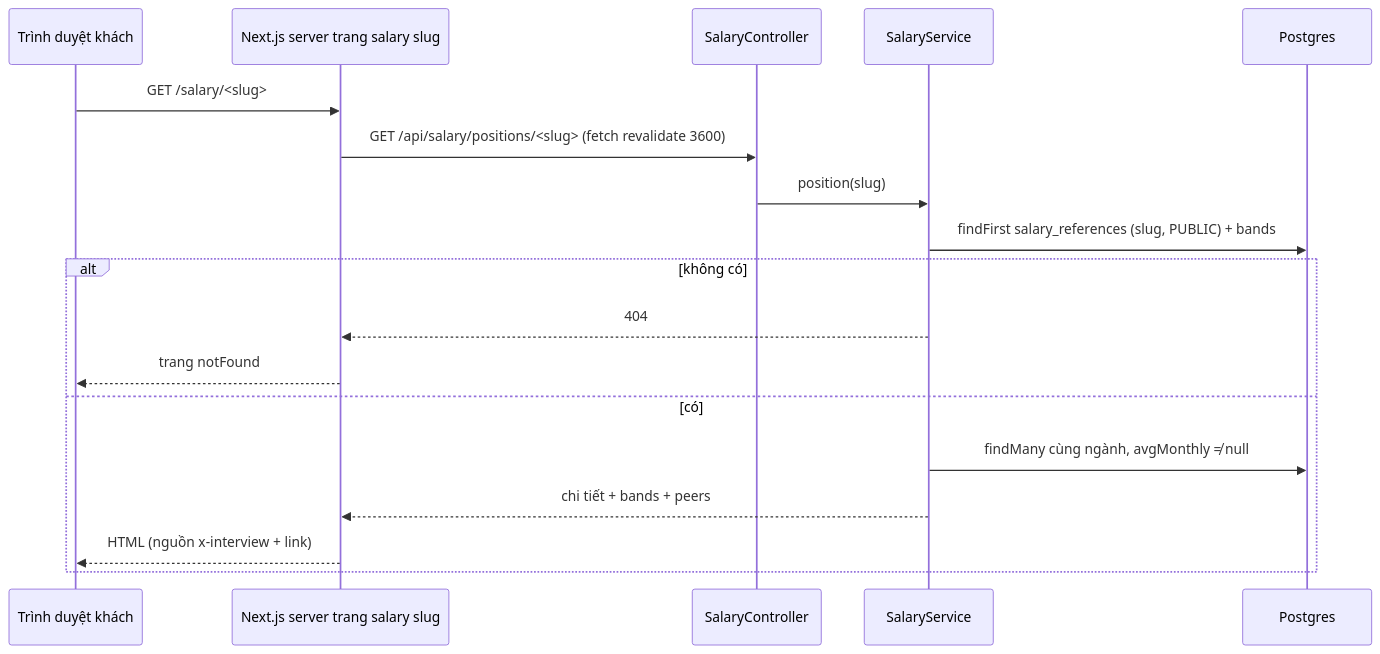
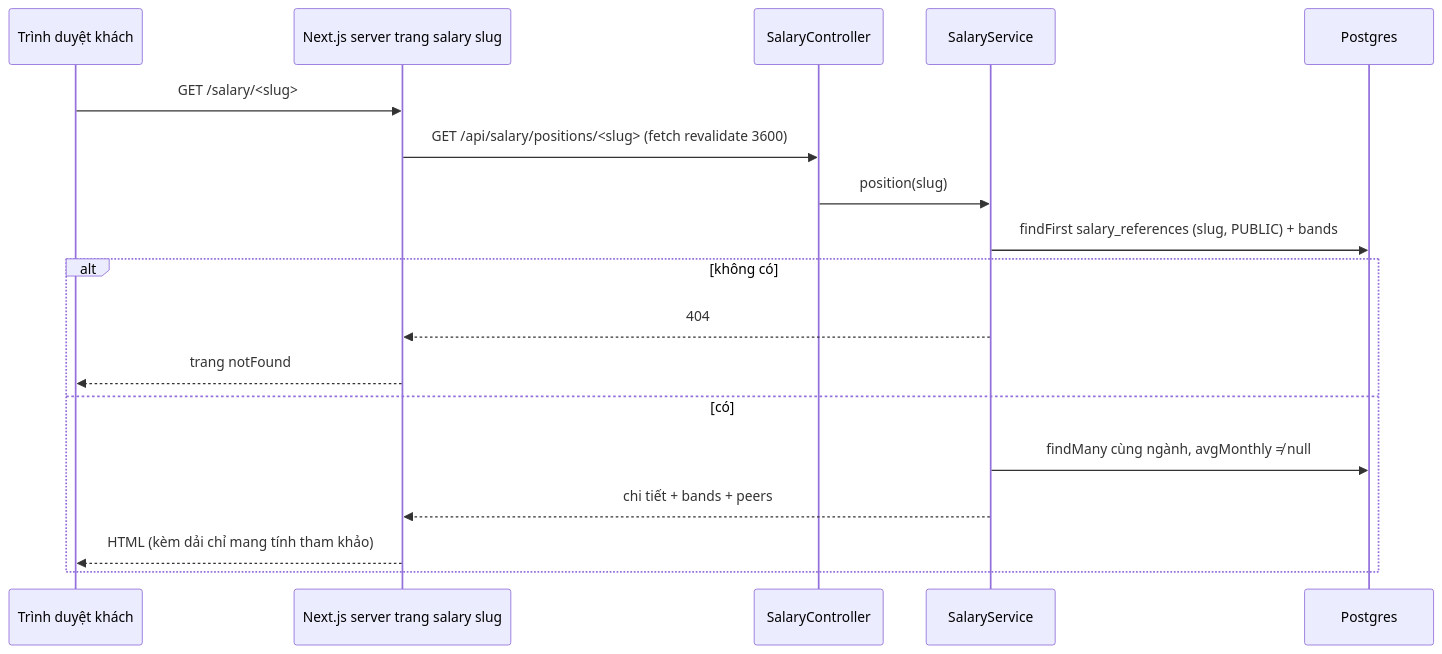
Before and after one commit to BuiThienHoang221204/ai-job-search: the second of 4 diagrams in docs/business-flows/modules/salary.md, drawn with Mermaid. The commit also changed other lines of this file and 44 other files, not shown here.

````diff
--- a/docs/business-flows/modules/salary.md
+++ b/docs/business-flows/modules/salary.md
@@ -142,20 +142,20 @@
 ```mermaid
 sequenceDiagram
     participant B as Trình duyệt khách
     participant N as Next.js server trang salary slug
     participant C as SalaryController
     participant S as SalaryService
     participant DB as Postgres
     B->>N: GET /salary/<slug>
     N->>C: GET /api/salary/positions/<slug> (fetch revalidate 3600)
     C->>S: position(slug)
     S->>DB: findFirst salary_references (slug, PUBLIC) + bands
     alt không có
         S-->>N: 404
         N-->>B: trang notFound
     else có
         S->>DB: findMany cùng ngành, avgMonthly ≠ null
         S-->>N: chi tiết + bands + peers
-        N-->>B: HTML (nguồn x-interview + link)
+        N-->>B: HTML (kèm dải chỉ mang tính tham khảo)
     end
 ```
````
